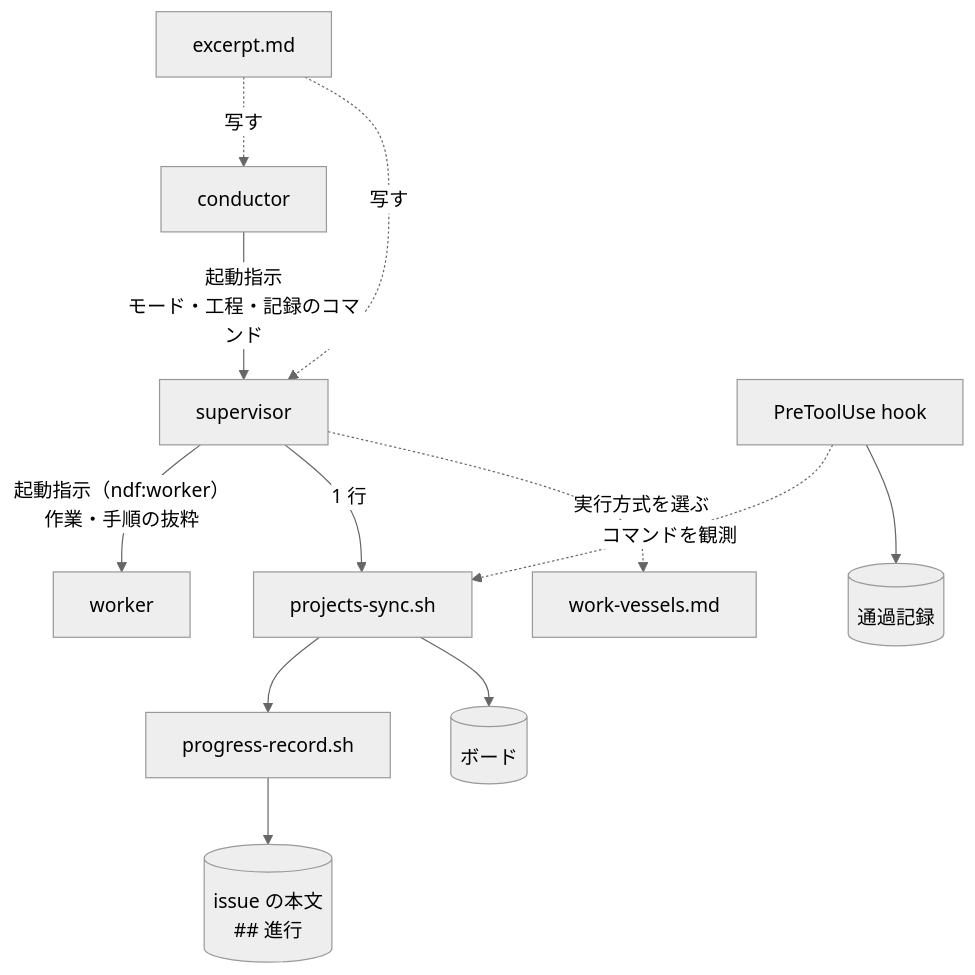
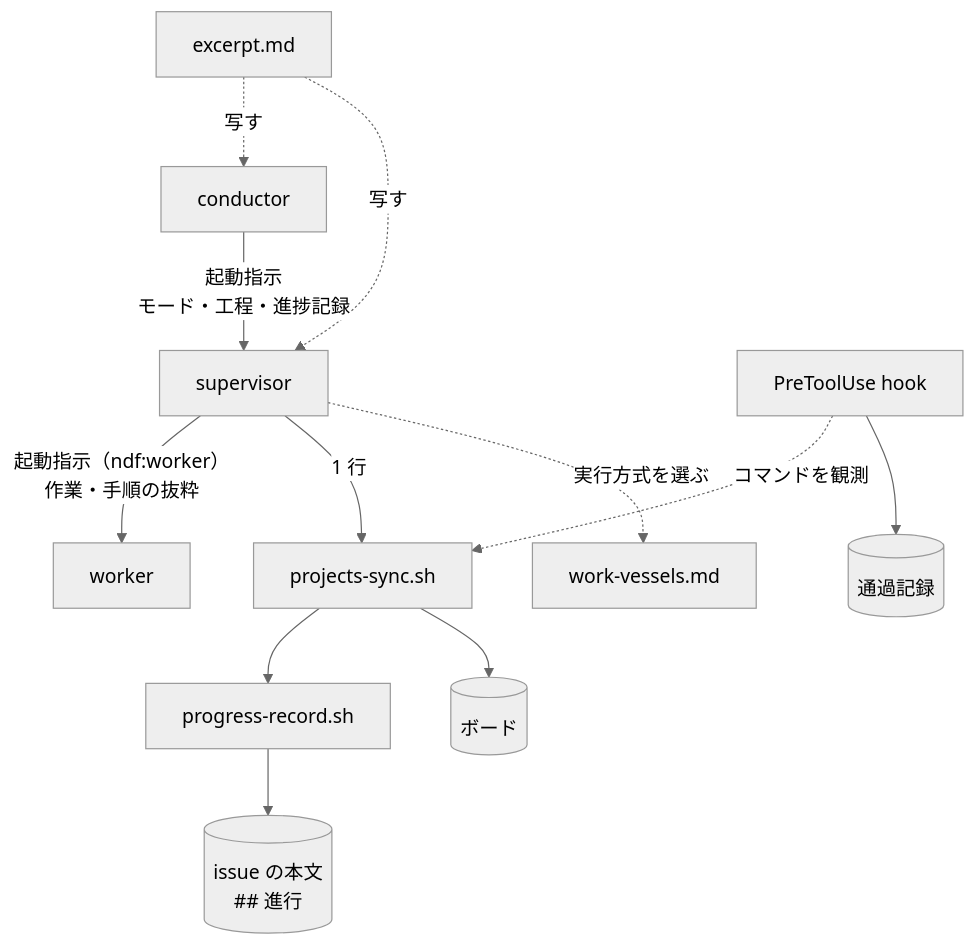
One commit to devbasex/ai-plugins changed the diagram in docs/specifications/ndf-worker-agent-and-skill-excerpts.md. Above: the diagram before and after it, drawn with Mermaid (neutral theme). The commit also changed other lines of this file, not shown here.

Commit message:
docs: worker の定義と抜粋の仕様の語を揃える（進捗記録・工程 Skill・横断 Skill ほか）

````diff
--- a/docs/specifications/ndf-worker-agent-and-skill-excerpts.md
+++ b/docs/specifications/ndf-worker-agent-and-skill-excerpts.md
@@ -74,14 +74,14 @@
 ```mermaid
 flowchart TB
-  C[conductor] -- 起動指示<br/>モード・工程・記録のコマンド --> S[supervisor]
+  C[conductor] -- 起動指示<br/>モード・工程・進捗記録 --> S[supervisor]
   S -- "起動指示（ndf:worker）<br/>作業・手順の抜粋" --> W[worker]
   S -- 1 行 --> PS[projects-sync.sh]
   PS --> PR[progress-record.sh]
   PR --> IB[(issue の本文<br/>## 進行)]
   PS --> BD[(ボード)]
   H[PreToolUse hook] -. コマンドを観測 .-> PS
   H --> ST[(通過記録)]
   S -. 実行方式を選ぶ .-> WV[work-vessels.md]
   EX[excerpt.md] -. 写す .-> C
   EX -. 写す .-> S
 ```
````
